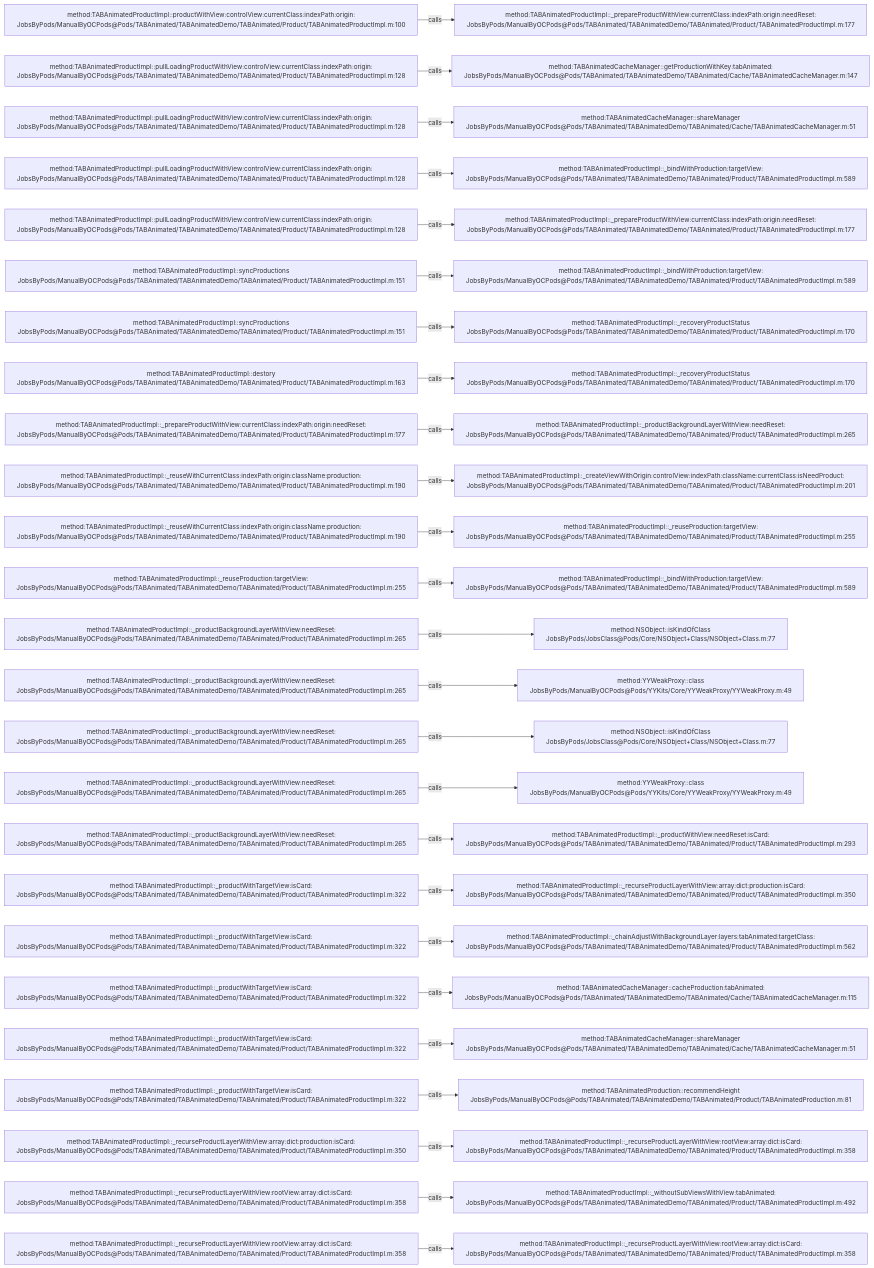
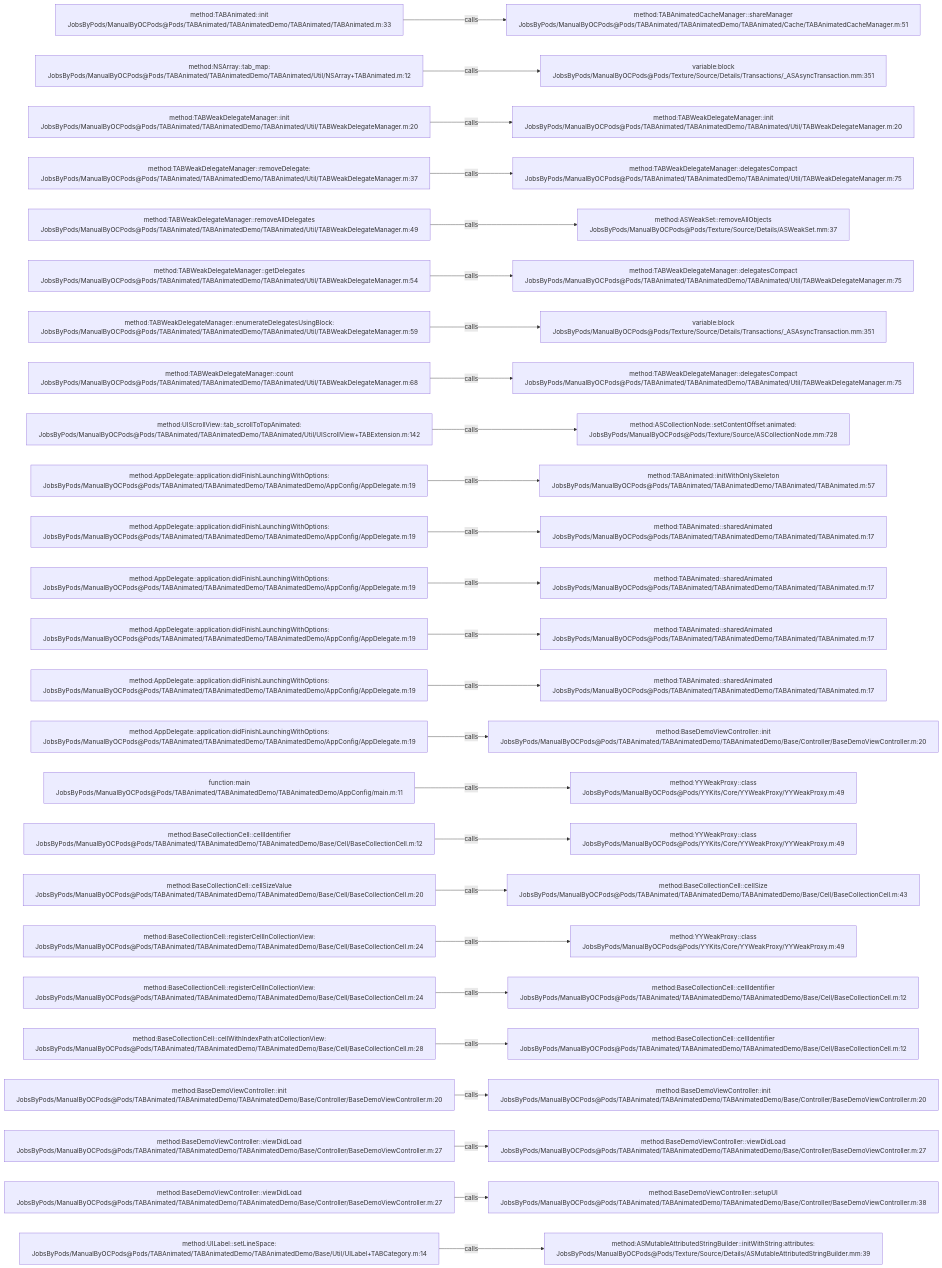
The diagram in .codegraph/codegraph.md/graphs/calls-027.md (JobsKits/JobsOCBaseConfigDemo), drawn with Mermaid before and after one commit. The commit also changed 2723 other files, not shown here.

````diff
--- a/.codegraph/codegraph.md/graphs/calls-027.md
+++ b/.codegraph/codegraph.md/graphs/calls-027.md
@@ -13,78 +13,78 @@
 ```mermaid
 flowchart LR
-  S1["method:TABAnimatedProductImpl::productWithView:controlView:currentClass:indexPath:origin:<br/>JobsByPods/ManualByOCPods@Pods/TABAnimated/TABAnimatedDemo/TABAnimated/Product/TABAnimatedProductImpl.m:100"]
-  T1["method:TABAnimatedProductImpl::_prepareProductWithView:currentClass:indexPath:origin:needReset:<br/>JobsByPods/ManualByOCPods@Pods/TABAnimated/TABAnimatedDemo/TABAnimated/Product/TABAnimatedProductImpl.m:177"]
+  S1["method:TABAnimated::init<br/>JobsByPods/ManualByOCPods@Pods/TABAnimated/TABAnimatedDemo/TABAnimated/TABAnimated.m:33"]
+  T1["method:TABAnimatedCacheManager::shareManager<br/>JobsByPods/ManualByOCPods@Pods/TABAnimated/TABAnimatedDemo/TABAnimated/Cache/TABAnimatedCacheManager.m:51"]
   S1 -->|calls| T1
-  S2["method:TABAnimatedProductImpl::pullLoadingProductWithView:controlView:currentClass:indexPath:origin:<br/>JobsByPods/ManualByOCPods@Pods/TABAnimated/TABAnimatedDemo/TABAnimated/Product/TABAnimatedProductImpl.m:128"]
-  T2["method:TABAnimatedCacheManager::getProductionWithKey:tabAnimated:<br/>JobsByPods/ManualByOCPods@Pods/TABAnimated/TABAnimatedDemo/TABAnimated/Cache/TABAnimatedCacheManager.m:147"]
+  S2["method:NSArray::tab_map:<br/>JobsByPods/ManualByOCPods@Pods/TABAnimated/TABAnimatedDemo/TABAnimated/Util/NSArray+TABAnimated.m:12"]
+  T2["variable:block<br/>JobsByPods/ManualByOCPods@Pods/Texture/Source/Details/Transactions/_ASAsyncTransaction.mm:351"]
   S2 -->|calls| T2
-  S3["method:TABAnimatedProductImpl::pullLoadingProductWithView:controlView:currentClass:indexPath:origin:<br/>JobsByPods/ManualByOCPods@Pods/TABAnimated/TABAnimatedDemo/TABAnimated/Product/TABAnimatedProductImpl.m:128"]
-  T3["method:TABAnimatedCacheManager::shareManager<br/>JobsByPods/ManualByOCPods@Pods/TABAnimated/TABAnimatedDemo/TABAnimated/Cache/TABAnimatedCacheManager.m:51"]
+  S3["method:TABWeakDelegateManager::init<br/>JobsByPods/ManualByOCPods@Pods/TABAnimated/TABAnimatedDemo/TABAnimated/Util/TABWeakDelegateManager.m:20"]
+  T3["method:TABWeakDelegateManager::init<br/>JobsByPods/ManualByOCPods@Pods/TABAnimated/TABAnimatedDemo/TABAnimated/Util/TABWeakDelegateManager.m:20"]
   S3 -->|calls| T3
-  S4["method:TABAnimatedProductImpl::pullLoadingProductWithView:controlView:currentClass:indexPath:origin:<br/>JobsByPods/ManualByOCPods@Pods/TABAnimated/TABAnimatedDemo/TABAnimated/Product/TABAnimatedProductImpl.m:128"]
-  T4["method:TABAnimatedProductImpl::_bindWithProduction:targetView:<br/>JobsByPods/ManualByOCPods@Pods/TABAnimated/TABAnimatedDemo/TABAnimated/Product/TABAnimatedProductImpl.m:589"]
+  S4["method:TABWeakDelegateManager::removeDelegate:<br/>JobsByPods/ManualByOCPods@Pods/TABAnimated/TABAnimatedDemo/TABAnimated/Util/TABWeakDelegateManager.m:37"]
+  T4["method:TABWeakDelegateManager::delegatesCompact<br/>JobsByPods/ManualByOCPods@Pods/TABAnimated/TABAnimatedDemo/TABAnimated/Util/TABWeakDelegateManager.m:75"]
   S4 -->|calls| T4
-  S5["method:TABAnimatedProductImpl::pullLoadingProductWithView:controlView:currentClass:indexPath:origin:<br/>JobsByPods/ManualByOCPods@Pods/TABAnimated/TABAnimatedDemo/TABAnimated/Product/TABAnimatedProductImpl.m:128"]
-  T5["method:TABAnimatedProductImpl::_prepareProductWithView:currentClass:indexPath:origin:needReset:<br/>JobsByPods/ManualByOCPods@Pods/TABAnimated/TABAnimatedDemo/TABAnimated/Product/TABAnimatedProductImpl.m:177"]
+  S5["method:TABWeakDelegateManager::removeAllDelegates<br/>JobsByPods/ManualByOCPods@Pods/TABAnimated/TABAnimatedDemo/TABAnimated/Util/TABWeakDelegateManager.m:49"]
+  T5["method:ASWeakSet::removeAllObjects<br/>JobsByPods/ManualByOCPods@Pods/Texture/Source/Details/ASWeakSet.mm:37"]
   S5 -->|calls| T5
-  S6["method:TABAnimatedProductImpl::syncProductions<br/>JobsByPods/ManualByOCPods@Pods/TABAnimated/TABAnimatedDemo/TABAnimated/Product/TABAnimatedProductImpl.m:151"]
-  T6["method:TABAnimatedProductImpl::_bindWithProduction:targetView:<br/>JobsByPods/ManualByOCPods@Pods/TABAnimated/TABAnimatedDemo/TABAnimated/Product/TABAnimatedProductImpl.m:589"]
+  S6["method:TABWeakDelegateManager::getDelegates<br/>JobsByPods/ManualByOCPods@Pods/TABAnimated/TABAnimatedDemo/TABAnimated/Util/TABWeakDelegateManager.m:54"]
+  T6["method:TABWeakDelegateManager::delegatesCompact<br/>JobsByPods/ManualByOCPods@Pods/TABAnimated/TABAnimatedDemo/TABAnimated/Util/TABWeakDelegateManager.m:75"]
   S6 -->|calls| T6
-  S7["method:TABAnimatedProductImpl::syncProductions<br/>JobsByPods/ManualByOCPods@Pods/TABAnimated/TABAnimatedDemo/TABAnimated/Product/TABAnimatedProductImpl.m:151"]
-  T7["method:TABAnimatedProductImpl::_recoveryProductStatus<br/>JobsByPods/ManualByOCPods@Pods/TABAnimated/TABAnimatedDemo/TABAnimated/Product/TABAnimatedProductImpl.m:170"]
+  S7["method:TABWeakDelegateManager::enumerateDelegatesUsingBlock:<br/>JobsByPods/ManualByOCPods@Pods/TABAnimated/TABAnimatedDemo/TABAnimated/Util/TABWeakDelegateManager.m:59"]
+  T7["variable:block<br/>JobsByPods/ManualByOCPods@Pods/Texture/Source/Details/Transactions/_ASAsyncTransaction.mm:351"]
   S7 -->|calls| T7
-  S8["method:TABAnimatedProductImpl::destory<br/>JobsByPods/ManualByOCPods@Pods/TABAnimated/TABAnimatedDemo/TABAnimated/Product/TABAnimatedProductImpl.m:163"]
-  T8["method:TABAnimatedProductImpl::_recoveryProductStatus<br/>JobsByPods/ManualByOCPods@Pods/TABAnimated/TABAnimatedDemo/TABAnimated/Product/TABAnimatedProductImpl.m:170"]
+  S8["method:TABWeakDelegateManager::count<br/>JobsByPods/ManualByOCPods@Pods/TABAnimated/TABAnimatedDemo/TABAnimated/Util/TABWeakDelegateManager.m:68"]
+  T8["method:TABWeakDelegateManager::delegatesCompact<br/>JobsByPods/ManualByOCPods@Pods/TABAnimated/TABAnimatedDemo/TABAnimated/Util/TABWeakDelegateManager.m:75"]
   S8 -->|calls| T8
-  S9["method:TABAnimatedProductImpl::_prepareProductWithView:currentClass:indexPath:origin:needReset:<br/>JobsByPods/ManualByOCPods@Pods/TABAnimated/TABAnimatedDemo/TABAnimated/Product/TABAnimatedProductImpl.m:177"]
-  T9["method:TABAnimatedProductImpl::_productBackgroundLayerWithView:needReset:<br/>JobsByPods/ManualByOCPods@Pods/TABAnimated/TABAnimatedDemo/TABAnimated/Product/TABAnimatedProductImpl.m:265"]
+  S9["method:UIScrollView::tab_scrollToTopAnimated:<br/>JobsByPods/ManualByOCPods@Pods/TABAnimated/TABAnimatedDemo/TABAnimated/Util/UIScrollView+TABExtension.m:142"]
+  T9["method:ASCollectionNode::setContentOffset:animated:<br/>JobsByPods/ManualByOCPods@Pods/Texture/Source/ASCollectionNode.mm:728"]
   S9 -->|calls| T9
-  S10["method:TABAnimatedProductImpl::_reuseWithCurrentClass:indexPath:origin:className:production:<br/>JobsByPods/ManualByOCPods@Pods/TABAnimated/TABAnimatedDemo/TABAnimated/Product/TABAnimatedProductImpl.m:190"]
-  T10["method:TABAnimatedProductImpl::_createViewWithOrigin:controlView:indexPath:className:currentClass:isNeedProduct:<br/>JobsByPods/ManualByOCPods@Pods/TABAnimated/TABAnimatedDemo/TABAnimated/Product/TABAnimatedProductImpl.m:201"]
+  S10["method:AppDelegate::application:didFinishLaunchingWithOptions:<br/>JobsByPods/ManualByOCPods@Pods/TABAnimated/TABAnimatedDemo/TABAnimatedDemo/AppConfig/AppDelegate.m:19"]
+  T10["method:TABAnimated::initWithOnlySkeleton<br/>JobsByPods/ManualByOCPods@Pods/TABAnimated/TABAnimatedDemo/TABAnimated/TABAnimated.m:57"]
   S10 -->|calls| T10
-  S11["method:TABAnimatedProductImpl::_reuseWithCurrentClass:indexPath:origin:className:production:<br/>JobsByPods/ManualByOCPods@Pods/TABAnimated/TABAnimatedDemo/TABAnimated/Product/TABAnimatedProductImpl.m:190"]
-  T11["method:TABAnimatedProductImpl::_reuseProduction:targetView:<br/>JobsByPods/ManualByOCPods@Pods/TABAnimated/TABAnimatedDemo/TABAnimated/Product/TABAnimatedProductImpl.m:255"]
+  S11["method:AppDelegate::application:didFinishLaunchingWithOptions:<br/>JobsByPods/ManualByOCPods@Pods/TABAnimated/TABAnimatedDemo/TABAnimatedDemo/AppConfig/AppDelegate.m:19"]
+  T11["method:TABAnimated::sharedAnimated<br/>JobsByPods/ManualByOCPods@Pods/TABAnimated/TABAnimatedDemo/TABAnimated/TABAnimated.m:17"]
   S11 -->|calls| T11
-  S12["method:TABAnimatedProductImpl::_reuseProduction:targetView:<br/>JobsByPods/ManualByOCPods@Pods/TABAnimated/TABAnimatedDemo/TABAnimated/Product/TABAnimatedProductImpl.m:255"]
-  T12["method:TABAnimatedProductImpl::_bindWithProduction:targetView:<br/>JobsByPods/ManualByOCPods@Pods/TABAnimated/TABAnimatedDemo/TABAnimated/Product/TABAnimatedProductImpl.m:589"]
+  S12["method:AppDelegate::application:didFinishLaunchingWithOptions:<br/>JobsByPods/ManualByOCPods@Pods/TABAnimated/TABAnimatedDemo/TABAnimatedDemo/AppConfig/AppDelegate.m:19"]
+  T12["method:TABAnimated::sharedAnimated<br/>JobsByPods/ManualByOCPods@Pods/TABAnimated/TABAnimatedDemo/TABAnimated/TABAnimated.m:17"]
   S12 -->|calls| T12
-  S13["method:TABAnimatedProductImpl::_productBackgroundLayerWithView:needReset:<br/>JobsByPods/ManualByOCPods@Pods/TABAnimated/TABAnimatedDemo/TABAnimated/Product/TABAnimatedProductImpl.m:265"]
-  T13["method:NSObject::isKindOfClass<br/>JobsByPods/JobsClass@Pods/Core/NSObject+Class/NSObject+Class.m:77"]
+  S13["method:AppDelegate::application:didFinishLaunchingWithOptions:<br/>JobsByPods/ManualByOCPods@Pods/TABAnimated/TABAnimatedDemo/TABAnimatedDemo/AppConfig/AppDelegate.m:19"]
+  T13["method:TABAnimated::sharedAnimated<br/>JobsByPods/ManualByOCPods@Pods/TABAnimated/TABAnimatedDemo/TABAnimated/TABAnimated.m:17"]
   S13 -->|calls| T13
-  S14["method:TABAnimatedProductImpl::_productBackgroundLayerWithView:needReset:<br/>JobsByPods/ManualByOCPods@Pods/TABAnimated/TABAnimatedDemo/TABAnimated/Product/TABAnimatedProductImpl.m:265"]
-  T14["method:YYWeakProxy::class<br/>JobsByPods/ManualByOCPods@Pods/YYKits/Core/YYWeakProxy/YYWeakProxy.m:49"]
+  S14["method:AppDelegate::application:didFinishLaunchingWithOptions:<br/>JobsByPods/ManualByOCPods@Pods/TABAnimated/TABAnimatedDemo/TABAnimatedDemo/AppConfig/AppDelegate.m:19"]
+  T14["method:TABAnimated::sharedAnimated<br/>JobsByPods/ManualByOCPods@Pods/TABAnimated/TABAnimatedDemo/TABAnimated/TABAnimated.m:17"]
   S14 -->|calls| T14
-  S15["method:TABAnimatedProductImpl::_productBackgroundLayerWithView:needReset:<br/>JobsByPods/ManualByOCPods@Pods/TABAnimated/TABAnimatedDemo/TABAnimated/Product/TABAnimatedProductImpl.m:265"]
-  T15["method:NSObject::isKindOfClass<br/>JobsByPods/JobsClass@Pods/Core/NSObject+Class/NSObject+Class.m:77"]
+  S15["method:AppDelegate::application:didFinishLaunchingWithOptions:<br/>JobsByPods/ManualByOCPods@Pods/TABAnimated/TABAnimatedDemo/TABAnimatedDemo/AppConfig/AppDelegate.m:19"]
+  T15["method:BaseDemoViewController::init<br/>JobsByPods/ManualByOCPods@Pods/TABAnimated/TABAnimatedDemo/TABAnimatedDemo/Base/Controller/BaseDemoViewController.m:20"]
   S15 -->|calls| T15
-  S16["method:TABAnimatedProductImpl::_productBackgroundLayerWithView:needReset:<br/>JobsByPods/ManualByOCPods@Pods/TABAnimated/TABAnimatedDemo/TABAnimated/Product/TABAnimatedProductImpl.m:265"]
+  S16["function:main<br/>JobsByPods/ManualByOCPods@Pods/TABAnimated/TABAnimatedDemo/TABAnimatedDemo/AppConfig/main.m:11"]
   T16["method:YYWeakProxy::class<br/>JobsByPods/ManualByOCPods@Pods/YYKits/Core/YYWeakProxy/YYWeakProxy.m:49"]
   S16 -->|calls| T16
-  S17["method:TABAnimatedProductImpl::_productBackgroundLayerWithView:needReset:<br/>JobsByPods/ManualByOCPods@Pods/TABAnimated/TABAnimatedDemo/TABAnimated/Product/TABAnimatedProductImpl.m:265"]
-  T17["method:TABAnimatedProductImpl::_productWithView:needReset:isCard:<br/>JobsByPods/ManualByOCPods@Pods/TABAnimated/TABAnimatedDemo/TABAnimated/Product/TABAnimatedProductImpl.m:293"]
+  S17["method:BaseCollectionCell::cellIdentifier<br/>JobsByPods/ManualByOCPods@Pods/TABAnimated/TABAnimatedDemo/TABAnimatedDemo/Base/Cell/BaseCollectionCell.m:12"]
+  T17["method:YYWeakProxy::class<br/>JobsByPods/ManualByOCPods@Pods/YYKits/Core/YYWeakProxy/YYWeakProxy.m:49"]
   S17 -->|calls| T17
-  S18["method:TABAnimatedProductImpl::_productWithTargetView:isCard:<br/>JobsByPods/ManualByOCPods@Pods/TABAnimated/TABAnimatedDemo/TABAnimated/Product/TABAnimatedProductImpl.m:322"]
-  T18["method:TABAnimatedProductImpl::_recurseProductLayerWithView:array:dict:production:isCard:<br/>JobsByPods/ManualByOCPods@Pods/TABAnimated/TABAnimatedDemo/TABAnimated/Product/TABAnimatedProductImpl.m:350"]
+  S18["method:BaseCollectionCell::cellSizeValue<br/>JobsByPods/ManualByOCPods@Pods/TABAnimated/TABAnimatedDemo/TABAnimatedDemo/Base/Cell/BaseCollectionCell.m:20"]
+  T18["method:BaseCollectionCell::cellSize<br/>JobsByPods/ManualByOCPods@Pods/TABAnimated/TABAnimatedDemo/TABAnimatedDemo/Base/Cell/BaseCollectionCell.m:43"]
   S18 -->|calls| T18
-  S19["method:TABAnimatedProductImpl::_productWithTargetView:isCard:<br/>JobsByPods/ManualByOCPods@Pods/TABAnimated/TABAnimatedDemo/TABAnimated/Product/TABAnimatedProductImpl.m:322"]
-  T19["method:TABAnimatedProductImpl::_chainAdjustWithBackgroundLayer:layers:tabAnimated:targetClass:<br/>JobsByPods/ManualByOCPods@Pods/TABAnimated/TABAnimatedDemo/TABAnimated/Product/TABAnimatedProductImpl.m:562"]
+  S19["method:BaseCollectionCell::registerCellInCollectionView:<br/>JobsByPods/ManualByOCPods@Pods/TABAnimated/TABAnimatedDemo/TABAnimatedDemo/Base/Cell/BaseCollectionCell.m:24"]
+  T19["method:YYWeakProxy::class<br/>JobsByPods/ManualByOCPods@Pods/YYKits/Core/YYWeakProxy/YYWeakProxy.m:49"]
   S19 -->|calls| T19
-  S20["method:TABAnimatedProductImpl::_productWithTargetView:isCard:<br/>JobsByPods/ManualByOCPods@Pods/TABAnimated/TABAnimatedDemo/TABAnimated/Product/TABAnimatedProductImpl.m:322"]
-  T20["method:TABAnimatedCacheManager::cacheProduction:tabAnimated:<br/>JobsByPods/ManualByOCPods@Pods/TABAnimated/TABAnimatedDemo/TABAnimated/Cache/TABAnimatedCacheManager.m:115"]
+  S20["method:BaseCollectionCell::registerCellInCollectionView:<br/>JobsByPods/ManualByOCPods@Pods/TABAnimated/TABAnimatedDemo/TABAnimatedDemo/Base/Cell/BaseCollectionCell.m:24"]
+  T20["method:BaseCollectionCell::cellIdentifier<br/>JobsByPods/ManualByOCPods@Pods/TABAnimated/TABAnimatedDemo/TABAnimatedDemo/Base/Cell/BaseCollectionCell.m:12"]
   S20 -->|calls| T20
-  S21["method:TABAnimatedProductImpl::_productWithTargetView:isCard:<br/>JobsByPods/ManualByOCPods@Pods/TABAnimated/TABAnimatedDemo/TABAnimated/Product/TABAnimatedProductImpl.m:322"]
-  T21["method:TABAnimatedCacheManager::shareManager<br/>JobsByPods/ManualByOCPods@Pods/TABAnimated/TABAnimatedDemo/TABAnimated/Cache/TABAnimatedCacheManager.m:51"]
+  S21["method:BaseCollectionCell::cellWithIndexPath:atCollectionView:<br/>JobsByPods/ManualByOCPods@Pods/TABAnimated/TABAnimatedDemo/TABAnimatedDemo/Base/Cell/BaseCollectionCell.m:28"]
+  T21["method:BaseCollectionCell::cellIdentifier<br/>JobsByPods/ManualByOCPods@Pods/TABAnimated/TABAnimatedDemo/TABAnimatedDemo/Base/Cell/BaseCollectionCell.m:12"]
   S21 -->|calls| T21
-  S22["method:TABAnimatedProductImpl::_productWithTargetView:isCard:<br/>JobsByPods/ManualByOCPods@Pods/TABAnimated/TABAnimatedDemo/TABAnimated/Product/TABAnimatedProductImpl.m:322"]
-  T22["method:TABAnimatedProduction::recommendHeight<br/>JobsByPods/ManualByOCPods@Pods/TABAnimated/TABAnimatedDemo/TABAnimated/Product/TABAnimatedProduction.m:81"]
+  S22["method:BaseDemoViewController::init<br/>JobsByPods/ManualByOCPods@Pods/TABAnimated/TABAnimatedDemo/TABAnimatedDemo/Base/Controller/BaseDemoViewController.m:20"]
+  T22["method:BaseDemoViewController::init<br/>JobsByPods/ManualByOCPods@Pods/TABAnimated/TABAnimatedDemo/TABAnimatedDemo/Base/Controller/BaseDemoViewController.m:20"]
   S22 -->|calls| T22
-  S23["method:TABAnimatedProductImpl::_recurseProductLayerWithView:array:dict:production:isCard:<br/>JobsByPods/ManualByOCPods@Pods/TABAnimated/TABAnimatedDemo/TABAnimated/Product/TABAnimatedProductImpl.m:350"]
-  T23["method:TABAnimatedProductImpl::_recurseProductLayerWithView:rootView:array:dict:isCard:<br/>JobsByPods/ManualByOCPods@Pods/TABAnimated/TABAnimatedDemo/TABAnimated/Product/TABAnimatedProductImpl.m:358"]
+  S23["method:BaseDemoViewController::viewDidLoad<br/>JobsByPods/ManualByOCPods@Pods/TABAnimated/TABAnimatedDemo/TABAnimatedDemo/Base/Controller/BaseDemoViewController.m:27"]
+  T23["method:BaseDemoViewController::viewDidLoad<br/>JobsByPods/ManualByOCPods@Pods/TABAnimated/TABAnimatedDemo/TABAnimatedDemo/Base/Controller/BaseDemoViewController.m:27"]
   S23 -->|calls| T23
-  S24["method:TABAnimatedProductImpl::_recurseProductLayerWithView:rootView:array:dict:isCard:<br/>JobsByPods/ManualByOCPods@Pods/TABAnimated/TABAnimatedDemo/TABAnimated/Product/TABAnimatedProductImpl.m:358"]
-  T24["method:TABAnimatedProductImpl::_withoutSubViewsWithView:tabAnimated:<br/>JobsByPods/ManualByOCPods@Pods/TABAnimated/TABAnimatedDemo/TABAnimated/Product/TABAnimatedProductImpl.m:492"]
+  S24["method:BaseDemoViewController::viewDidLoad<br/>JobsByPods/ManualByOCPods@Pods/TABAnimated/TABAnimatedDemo/TABAnimatedDemo/Base/Controller/BaseDemoViewController.m:27"]
+  T24["method:BaseDemoViewController::setupUI<br/>JobsByPods/ManualByOCPods@Pods/TABAnimated/TABAnimatedDemo/TABAnimatedDemo/Base/Controller/BaseDemoViewController.m:38"]
   S24 -->|calls| T24
-  S25["method:TABAnimatedProductImpl::_recurseProductLayerWithView:rootView:array:dict:isCard:<br/>JobsByPods/ManualByOCPods@Pods/TABAnimated/TABAnimatedDemo/TABAnimated/Product/TABAnimatedProductImpl.m:358"]
-  T25["method:TABAnimatedProductImpl::_recurseProductLayerWithView:rootView:array:dict:isCard:<br/>JobsByPods/ManualByOCPods@Pods/TABAnimated/TABAnimatedDemo/TABAnimated/Product/TABAnimatedProductImpl.m:358"]
+  S25["method:UILabel::setLineSpace:<br/>JobsByPods/ManualByOCPods@Pods/TABAnimated/TABAnimatedDemo/TABAnimatedDemo/Base/Util/UILabel+TABCategory.m:14"]
+  T25["method:ASMutableAttributedStringBuilder::initWithString:attributes:<br/>JobsByPods/ManualByOCPods@Pods/Texture/Source/Details/ASMutableAttributedStringBuilder.mm:39"]
   S25 -->|calls| T25
 ```
````
